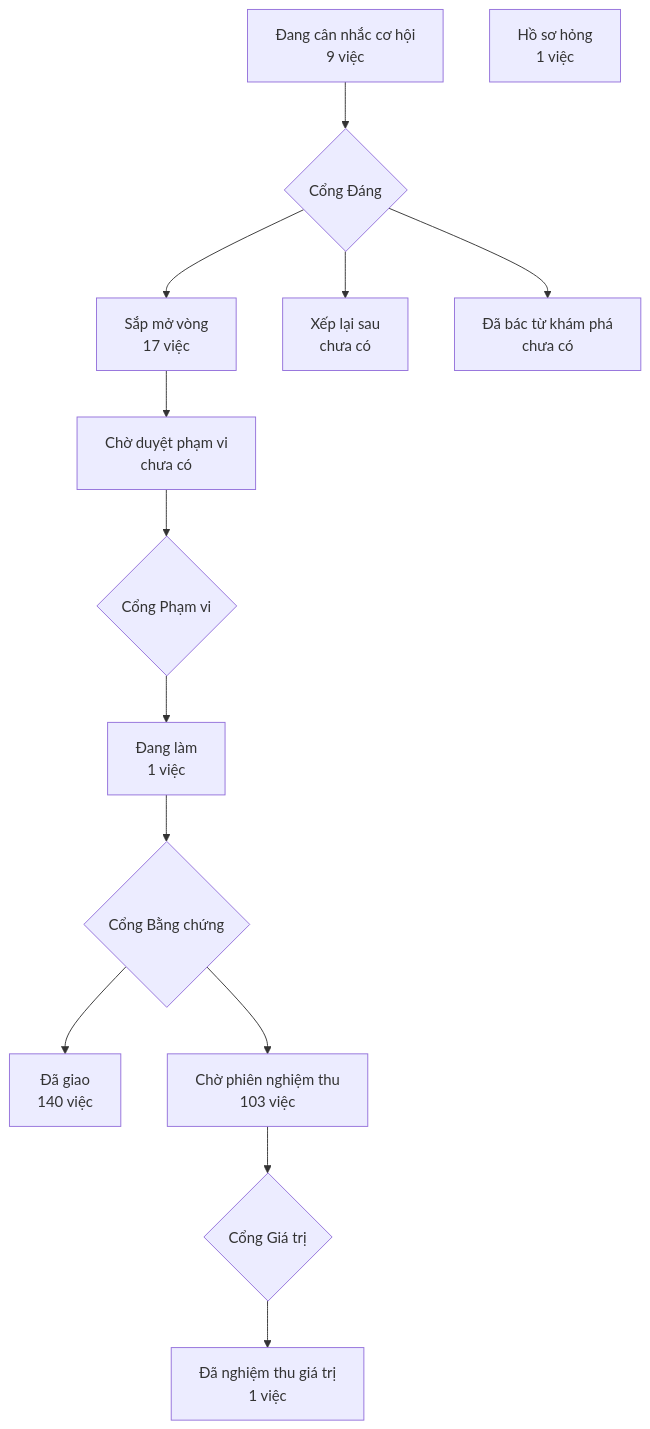
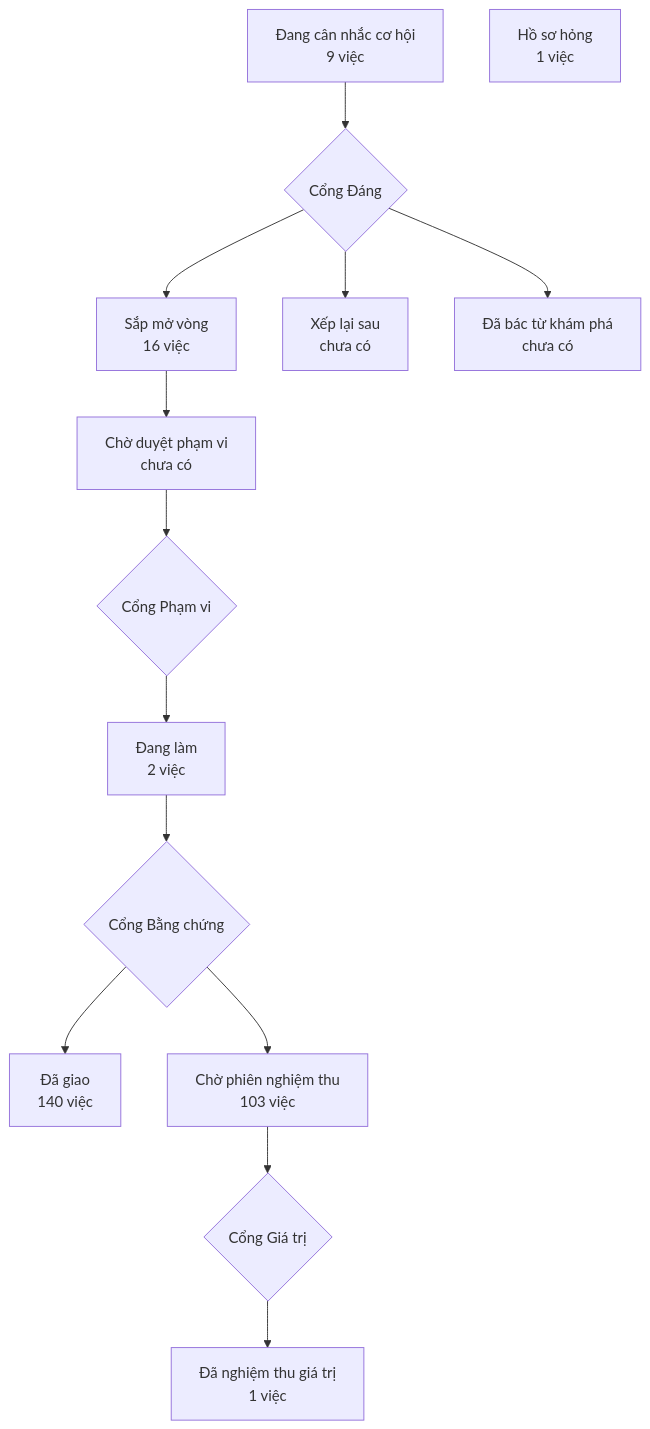
Before and after one commit to phanlemanh/crm-onehub: the diagram in PRODUCT-MAP.md, drawn with Mermaid. The commit also changed other lines of this file and 3 other files, not shown here.

````diff
--- a/PRODUCT-MAP.md
+++ b/PRODUCT-MAP.md
@@ -7,13 +7,13 @@
 ```mermaid
 flowchart TD
   A["Đang cân nhắc cơ hội<br/>9 việc"] --> GD{"Cổng Đáng"}
-  GD --> B["Sắp mở vòng<br/>17 việc"]
+  GD --> B["Sắp mở vòng<br/>16 việc"]
   GD --> XL["Xếp lại sau<br/>chưa có"]
   GD --> DB["Đã bác từ khám phá<br/>chưa có"]
   B --> CD["Chờ duyệt phạm vi<br/>chưa có"] --> GP{"Cổng Phạm vi"}
-  GP --> DL["Đang làm<br/>1 việc"] --> GB{"Cổng Bằng chứng"}
+  GP --> DL["Đang làm<br/>2 việc"] --> GB{"Cổng Bằng chứng"}
   GB --> DG["Đã giao<br/>140 việc"]
   GB --> CN["Chờ phiên nghiệm thu<br/>103 việc"] --> GG{"Cổng Giá trị"}
   GG --> NT["Đã nghiệm thu giá trị<br/>1 việc"]
   HS["Hồ sơ hỏng<br/>1 việc"]
 ```
````
